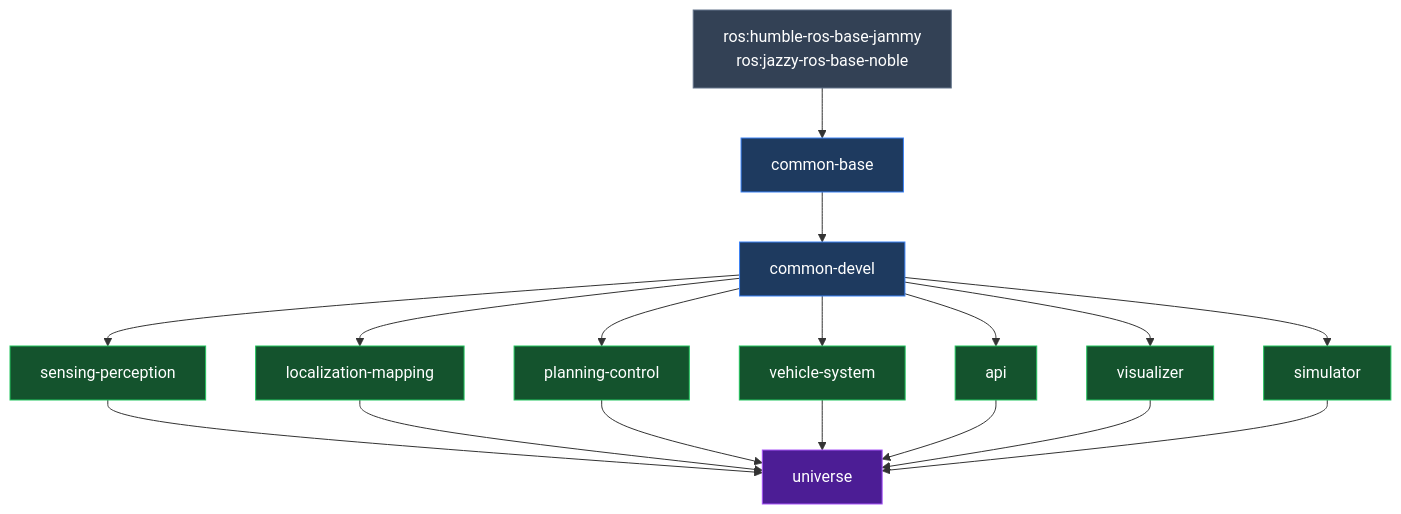
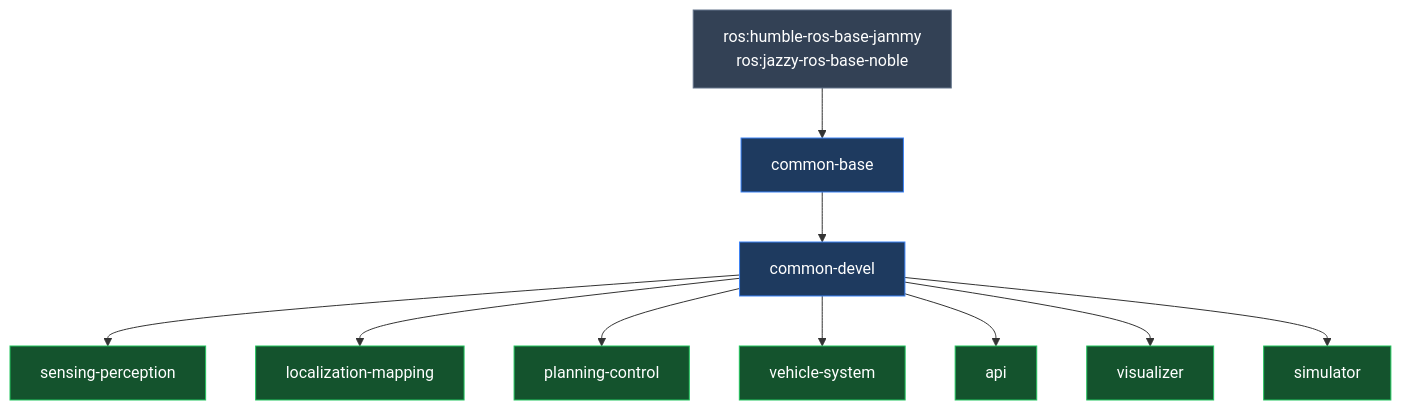
One commit to oguzkaganozt/openadkit changed the first of 3 diagrams in docs/components/index.md. Above: the diagram before and after it, drawn with Mermaid. The commit also changed other lines of this file and 17 other files, not shown here.

````diff
--- a/docs/components/index.md
+++ b/docs/components/index.md
@@ -33,31 +13,17 @@
 ```mermaid
 flowchart TB
-    ROS["ros:humble-ros-base-jammy<br/>ros:jazzy-ros-base-noble"] --> CB["common-base"]
-    CB --> CD["common-devel"]
+    ROS["ros:humble-ros-base-jammy<br/>ros:jazzy-ros-base-noble"]:::rosBase --> CB["common-base"]:::commonBase
+    CB --> CD["common-devel"]:::commonBase
 
-    CD --> SP["sensing-perception"]
-    CD --> LM["localization-mapping"]
-    CD --> PC["planning-control"]
-    CD --> VS["vehicle-system"]
-    CD --> API["api"]
-    CD --> VIZ["visualizer"]
-    CD --> SIM["simulator"]
+    CD --> SP["sensing-perception"]:::componentImage
+    CD --> LM["localization-mapping"]:::componentImage
+    CD --> PC["planning-control"]:::componentImage
+    CD --> VS["vehicle-system"]:::componentImage
+    CD --> API["api"]:::componentImage
+    CD --> VIZ["visualizer"]:::componentImage
+    CD --> SIM["simulator"]:::componentImage
 
-    SP --> UNI["universe"]
-    LM --> UNI
-    PC --> UNI
-    VS --> UNI
-    API --> UNI
-    VIZ --> UNI
-    SIM --> UNI
-
-    classDef ros fill:#334155,stroke:#64748b,color:#fff
-    classDef common fill:#1e3a5f,stroke:#3b82f6,color:#fff
-    classDef component fill:#14532d,stroke:#22c55e,color:#fff
-    classDef universe fill:#4c1d95,stroke:#a855f7,color:#fff
-
-    class ROS ros
-    class CB,CD common
-    class SP,LM,PC,VS,API,VIZ,SIM component
-    class UNI universe
+    classDef rosBase fill:#334155,stroke:#64748b,color:#fff
+    classDef commonBase fill:#1e3a5f,stroke:#3b82f6,color:#fff
+    classDef componentImage fill:#14532d,stroke:#22c55e,color:#fff
 ```
````
